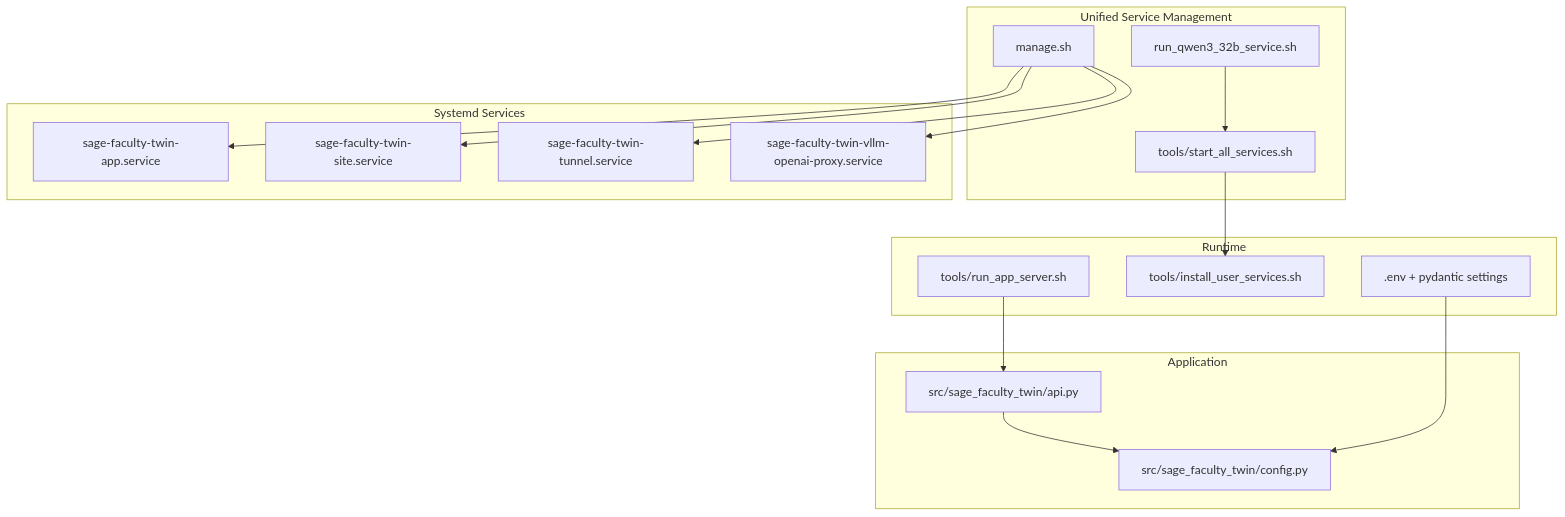
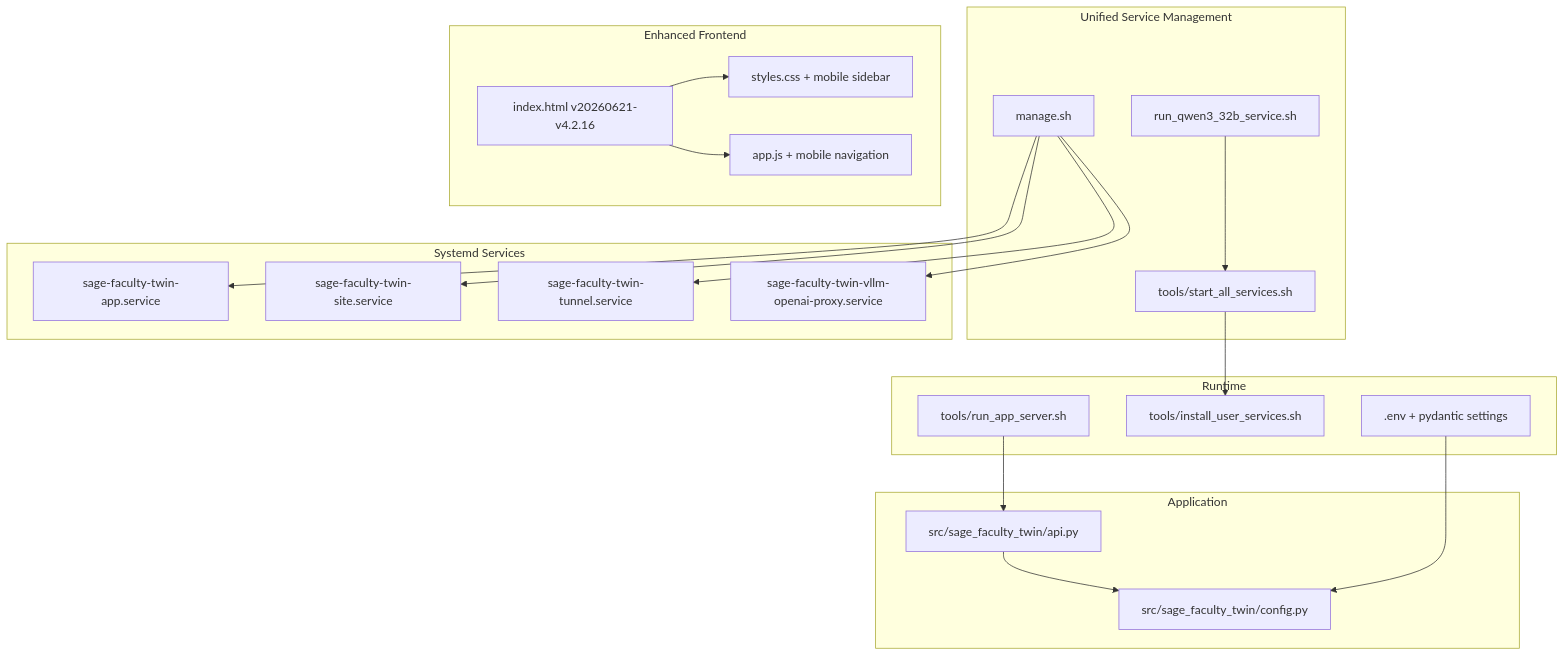
One commit to intellistream/sage-mate changed the first of 2 diagrams in .qoder/repowiki/en/content/Getting Started.md. Above: the diagram before and after it, drawn with Mermaid. The commit also changed other lines of this file and 19 other files, not shown here.

````diff
--- a/.qoder/repowiki/en/content/Getting Started.md
+++ b/.qoder/repowiki/en/content/Getting Started.md
@@ -60,32 +66,39 @@
 ```mermaid
 graph TB
 subgraph "Unified Service Management"
 QWEN["run_qwen3_32b_service.sh"]
 START_ALL["tools/start_all_services.sh"]
 MANAGE["manage.sh"]
 end
 subgraph "Systemd Services"
 APP["sage-faculty-twin-app.service"]
 SITE["sage-faculty-twin-site.service"]
 TUN["sage-faculty-twin-tunnel.service"]
 PROXY["sage-faculty-twin-vllm-openai-proxy.service"]
 end
 subgraph "Runtime"
 RUN_APP["tools/run_app_server.sh"]
 INSTALL["tools/install_user_services.sh"]
 CFG[".env + pydantic settings"]
 end
 subgraph "Application"
 API["src/sage_faculty_twin/api.py"]
 CONFIG["src/sage_faculty_twin/config.py"]
 end
+subgraph "Enhanced Frontend"
+INDEX["index.html v20260621-v4.2.16"]
+STYLES["styles.css + mobile sidebar"]
+APPJS["app.js + mobile navigation"]
+end
 QWEN --> START_ALL
 MANAGE --> APP
 MANAGE --> SITE
 MANAGE --> TUN
 MANAGE --> PROXY
 START_ALL --> INSTALL
 RUN_APP --> API
 API --> CONFIG
 CFG --> CONFIG
+INDEX --> STYLES
+INDEX --> APPJS
 ```
````
